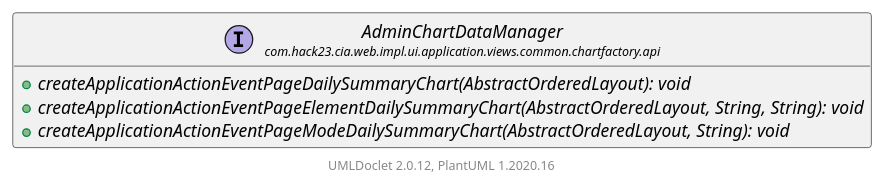
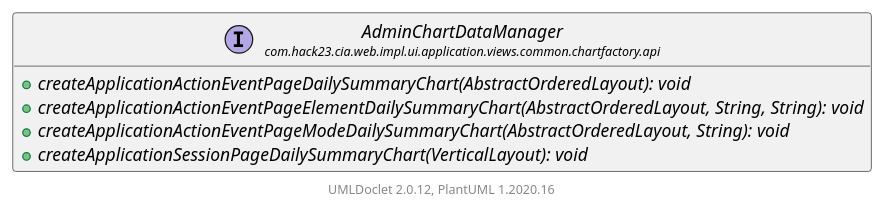
Before and after one commit to Hack23/cia: the diagram in testapidocs/com/hack23/cia/web/impl/ui/application/views/common/chartfactory/api/AdminChartDataManager.puml, drawn with PlantUML. The commit also changed 2904 other files, not shown here.

```diff
--- a/testapidocs/com/hack23/cia/web/impl/ui/application/views/common/chartfactory/api/AdminChartDataManager.puml
+++ b/testapidocs/com/hack23/cia/web/impl/ui/application/views/common/chartfactory/api/AdminChartDataManager.puml
@@ -1,13 +1,14 @@
 @startuml
     set namespaceSeparator none
     hide empty fields
     hide empty methods
 
     interface "<size:14>AdminChartDataManager\n<size:10>com.hack23.cia.web.impl.ui.application.views.common.chartfactory.api" as com.hack23.cia.web.impl.ui.application.views.common.chartfactory.api.AdminChartDataManager [[AdminChartDataManager.html]] {
         {abstract} +createApplicationActionEventPageDailySummaryChart(AbstractOrderedLayout): void
         {abstract} +createApplicationActionEventPageElementDailySummaryChart(AbstractOrderedLayout, String, String): void
         {abstract} +createApplicationActionEventPageModeDailySummaryChart(AbstractOrderedLayout, String): void
+        {abstract} +createApplicationSessionPageDailySummaryChart(VerticalLayout): void
     }
 
     center footer UMLDoclet 2.0.12, PlantUML 1.2020.16
 @enduml
```
